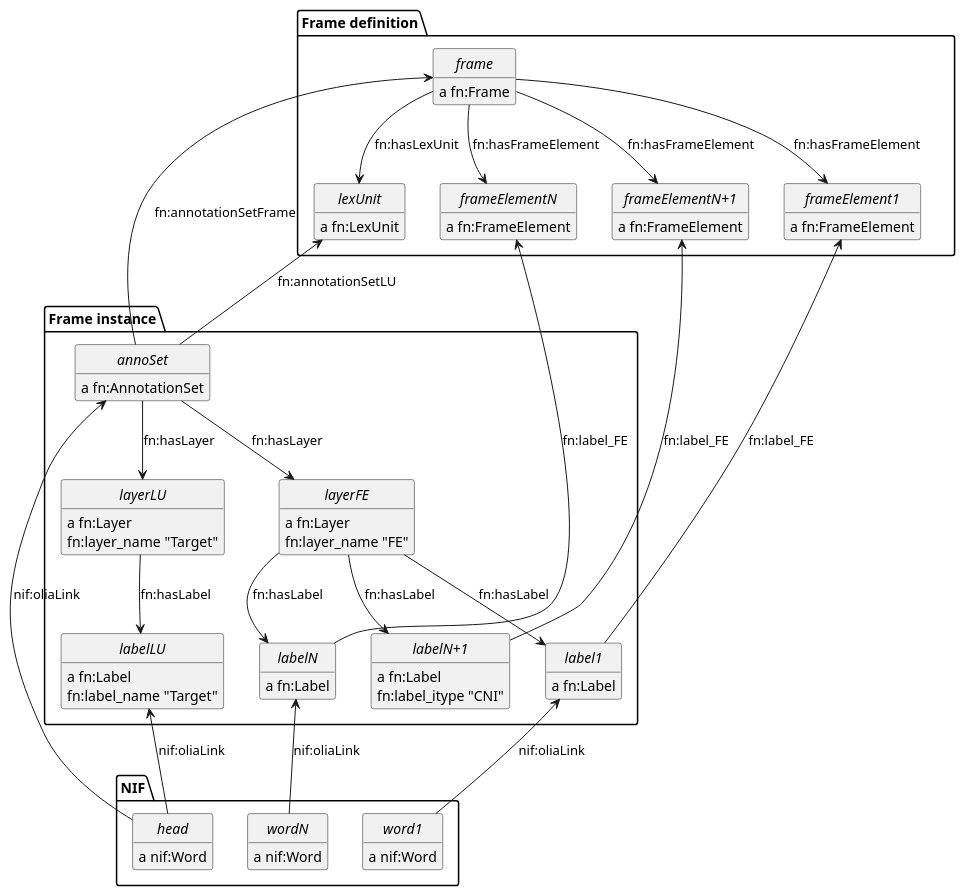
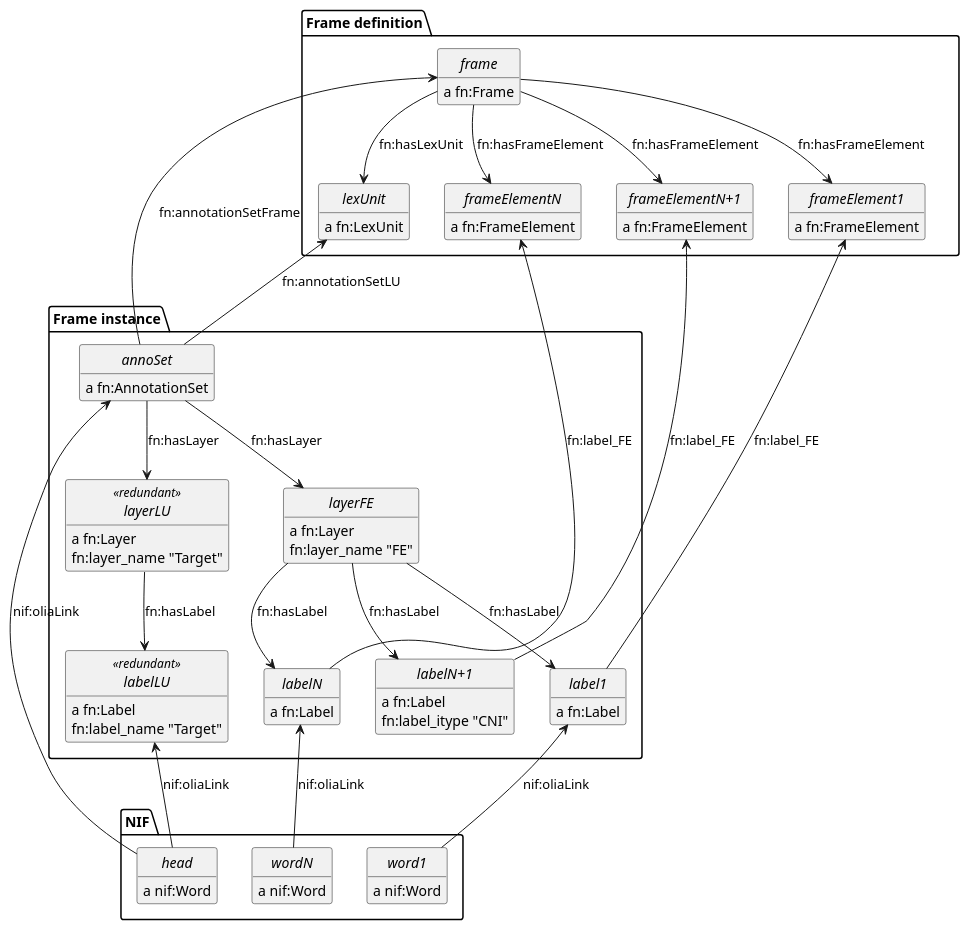
One commit to gerardbdn/VladimirAlexiev.github.io changed the diagram in Multisensor/FrameNet/fn-nif.puml. Above: the diagram before and after it, drawn with PlantUML. The commit also changed 2 other files, not shown here.

```diff
--- a/Multisensor/FrameNet/fn-nif.puml
+++ b/Multisensor/FrameNet/fn-nif.puml
@@ -1,52 +1,54 @@
 @startuml
 hide circles
 hide empty methods
 
 package "Frame definition" {
   "<i>frame</i>"           : a fn:Frame
   "<i>lexUnit</i>"         : a fn:LexUnit
   "<i>frameElement1</i>"   : a fn:FrameElement
   "<i>frameElementN</i>"   : a fn:FrameElement
   "<i>frameElementN+1</i>" : a fn:FrameElement
 }
 package "Frame instance" {
   "<i>annoSet</i>"         : a fn:AnnotationSet
   "<i>label1</i>"          : a fn:Label
   "<i>labelN</i>"          : a fn:Label
   "<i>labelN+1</i>"        : a fn:Label
   "<i>labelN+1</i>"        : fn:label_itype "CNI"
   "<i>labelLU</i>"         : a fn:Label
   "<i>labelLU</i>"         : fn:label_name "Target"
   "<i>layerLU</i>"         : a fn:Layer
   "<i>layerLU</i>"         : fn:layer_name "Target"
   "<i>layerFE</i>"         : a fn:Layer
   "<i>layerFE</i>"         : fn:layer_name "FE"
+  class "<i>labelLU</i>" <<redundant>>
+  class "<i>layerLU</i>" <<redundant>>
 }
 package "NIF" {
   "<i>head</i>"            : a nif:Word
   "<i>word1</i>"           : a nif:Word
   "<i>wordN</i>"           : a nif:Word
 }
 
 "<i>frame</i>"   -down-> "<i>lexUnit</i>"          : fn:hasLexUnit
 "<i>frame</i>"   -down-> "<i>frameElement1</i>"    : fn:hasFrameElement
 "<i>frame</i>"   -down-> "<i>frameElementN</i>"    : fn:hasFrameElement
 "<i>frame</i>"   -down-> "<i>frameElementN+1</i>"  : fn:hasFrameElement
 
 "<i>annoSet</i>" -up->    "<i>frame</i>"           : fn:annotationSetFrame
 "<i>annoSet</i>" -up->    "<i>lexUnit</i>"         : fn:annotationSetLU
 "<i>annoSet</i>" -down->  "<i>layerLU</i>"         : fn:hasLayer
 "<i>annoSet</i>" -down->  "<i>layerFE</i>"         : fn:hasLayer
 "<i>layerFE</i>" -down->  "<i>label1</i>"          : fn:hasLabel
 "<i>layerFE</i>" -down->  "<i>labelN</i>"          : fn:hasLabel
 "<i>layerFE</i>" -down->  "<i>labelN+1</i>"        : fn:hasLabel
 "<i>layerLU</i>" -down->  "<i>labelLU</i>"         : fn:hasLabel
 "<i>label1</i>"  -up->    "<i>frameElement1</i>"   : fn:label_FE
 "<i>labelN</i>"  -up->    "<i>frameElementN</i>"   : fn:label_FE
 "<i>labelN+1</i>"-up->    "<i>frameElementN+1</i>" : fn:label_FE
 
 "<i>head</i>"    -up->    "<i>annoSet</i>"         : nif:oliaLink
 "<i>head</i>"    -up->    "<i>labelLU</i>"         : nif:oliaLink
 "<i>word1</i>"   -up->    "<i>label1</i>"          : nif:oliaLink
 "<i>wordN</i>"   -up->    "<i>labelN</i>"          : nif:oliaLink
 @enduml
```
